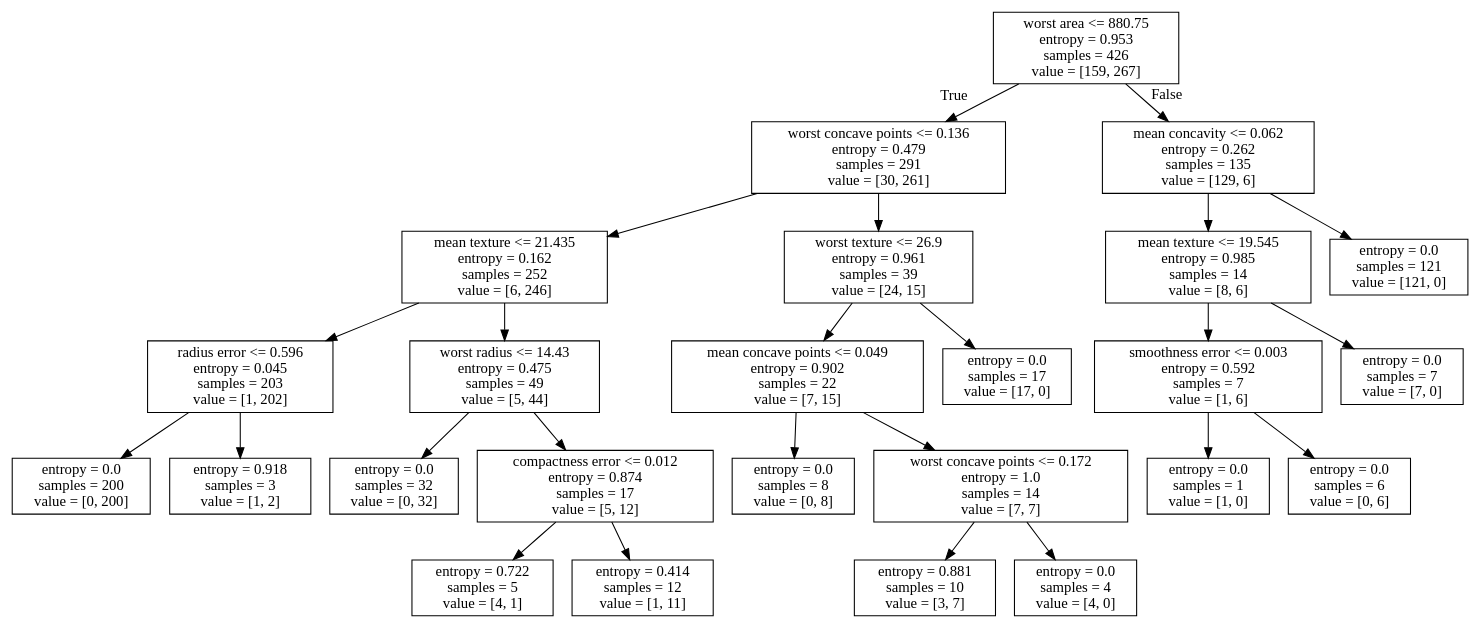
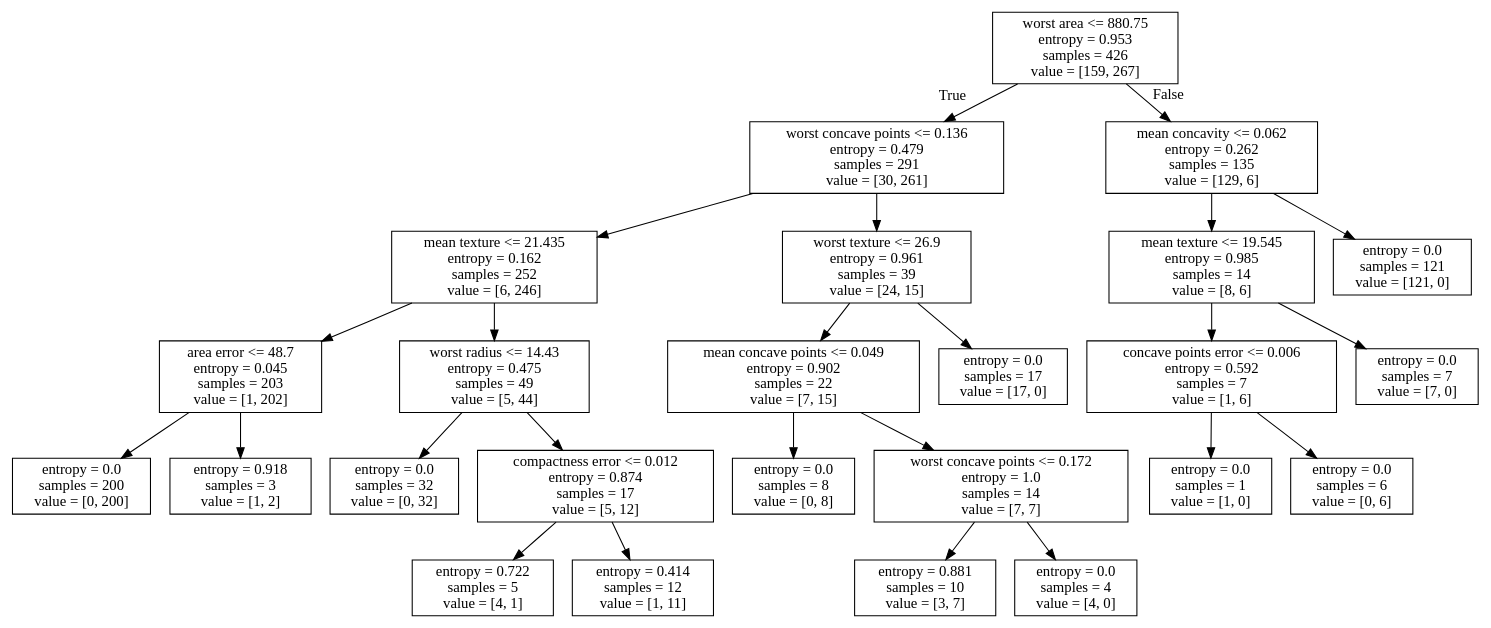
Before and after one commit to gomljo/DecisionTreeForPaper: the diagram in result/scikit-learn dot/breast cancer result-second.dot, drawn with Graphviz. The commit also changed 16 other files, not shown here.

```diff
--- a/result/scikit-learn dot/breast cancer result-second.dot
+++ b/result/scikit-learn dot/breast cancer result-second.dot
@@ -1,52 +1,52 @@
 digraph Tree {
 node [shape=box] ;
 0 [label="worst area <= 880.75\nentropy = 0.953\nsamples = 426\nvalue = [159, 267]"] ;
 1 [label="worst concave points <= 0.136\nentropy = 0.479\nsamples = 291\nvalue = [30, 261]"] ;
 0 -> 1 [labeldistance=2.5, labelangle=45, headlabel="True"] ;
 2 [label="mean texture <= 21.435\nentropy = 0.162\nsamples = 252\nvalue = [6, 246]"] ;
 1 -> 2 ;
-3 [label="radius error <= 0.596\nentropy = 0.045\nsamples = 203\nvalue = [1, 202]"] ;
+3 [label="area error <= 48.7\nentropy = 0.045\nsamples = 203\nvalue = [1, 202]"] ;
 2 -> 3 ;
 4 [label="entropy = 0.0\nsamples = 200\nvalue = [0, 200]"] ;
 3 -> 4 ;
 5 [label="entropy = 0.918\nsamples = 3\nvalue = [1, 2]"] ;
 3 -> 5 ;
 6 [label="worst radius <= 14.43\nentropy = 0.475\nsamples = 49\nvalue = [5, 44]"] ;
 2 -> 6 ;
 7 [label="entropy = 0.0\nsamples = 32\nvalue = [0, 32]"] ;
 6 -> 7 ;
 8 [label="compactness error <= 0.012\nentropy = 0.874\nsamples = 17\nvalue = [5, 12]"] ;
 6 -> 8 ;
 9 [label="entropy = 0.722\nsamples = 5\nvalue = [4, 1]"] ;
 8 -> 9 ;
 10 [label="entropy = 0.414\nsamples = 12\nvalue = [1, 11]"] ;
 8 -> 10 ;
 11 [label="worst texture <= 26.9\nentropy = 0.961\nsamples = 39\nvalue = [24, 15]"] ;
 1 -> 11 ;
 12 [label="mean concave points <= 0.049\nentropy = 0.902\nsamples = 22\nvalue = [7, 15]"] ;
 11 -> 12 ;
 13 [label="entropy = 0.0\nsamples = 8\nvalue = [0, 8]"] ;
 12 -> 13 ;
 14 [label="worst concave points <= 0.172\nentropy = 1.0\nsamples = 14\nvalue = [7, 7]"] ;
 12 -> 14 ;
 15 [label="entropy = 0.881\nsamples = 10\nvalue = [3, 7]"] ;
 14 -> 15 ;
 16 [label="entropy = 0.0\nsamples = 4\nvalue = [4, 0]"] ;
 14 -> 16 ;
 17 [label="entropy = 0.0\nsamples = 17\nvalue = [17, 0]"] ;
 11 -> 17 ;
 18 [label="mean concavity <= 0.062\nentropy = 0.262\nsamples = 135\nvalue = [129, 6]"] ;
 0 -> 18 [labeldistance=2.5, labelangle=-45, headlabel="False"] ;
 19 [label="mean texture <= 19.545\nentropy = 0.985\nsamples = 14\nvalue = [8, 6]"] ;
 18 -> 19 ;
-20 [label="smoothness error <= 0.003\nentropy = 0.592\nsamples = 7\nvalue = [1, 6]"] ;
+20 [label="concave points error <= 0.006\nentropy = 0.592\nsamples = 7\nvalue = [1, 6]"] ;
 19 -> 20 ;
 21 [label="entropy = 0.0\nsamples = 1\nvalue = [1, 0]"] ;
 20 -> 21 ;
 22 [label="entropy = 0.0\nsamples = 6\nvalue = [0, 6]"] ;
 20 -> 22 ;
 23 [label="entropy = 0.0\nsamples = 7\nvalue = [7, 0]"] ;
 19 -> 23 ;
 24 [label="entropy = 0.0\nsamples = 121\nvalue = [121, 0]"] ;
 18 -> 24 ;
 }
```
